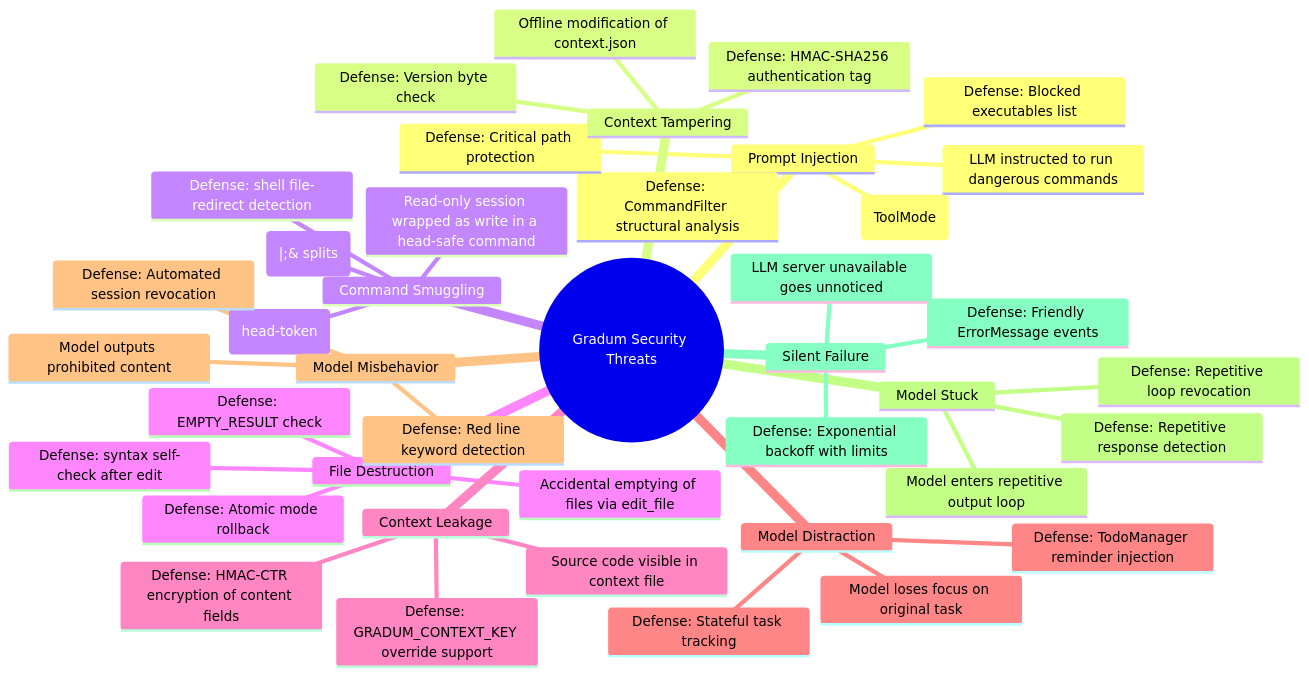
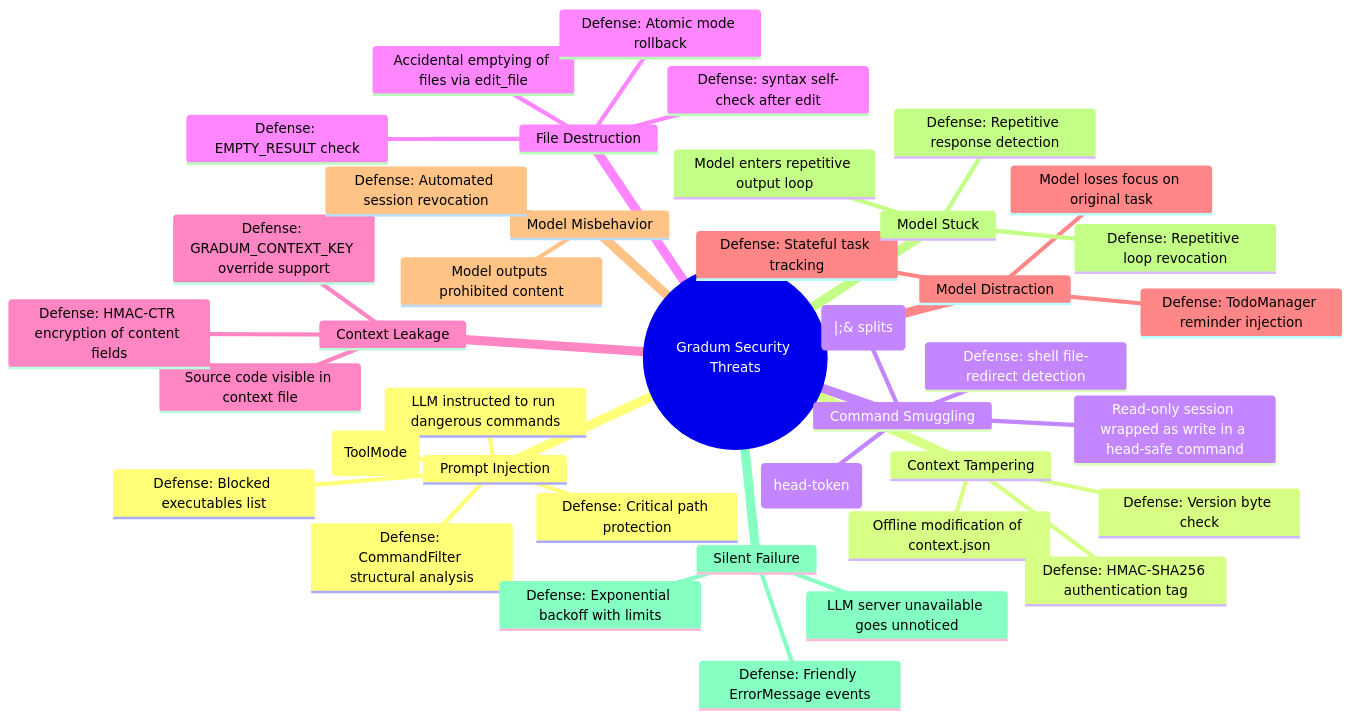
Before and after one commit to lg841226/Gradum: diagram 24 of 29 in docs/ARCHITECTURE.md, drawn with Mermaid. The commit also changed other lines of this file and 4 other files, not shown here.

````diff
--- a/docs/ARCHITECTURE.md
+++ b/docs/ARCHITECTURE.md
@@ -1598,44 +1569,43 @@
 ```mermaid
 mindmap
   root((Gradum Security Threats))
     Prompt Injection
       LLM instructed to run dangerous commands
       Defense: CommandFilter structural analysis
       Defense: Blocked executables list
       Defense: Critical path protection
       Defense: Read-only whitelist + redirect scan (ToolMode)
     Context Tampering
       Offline modification of context.json
       Defense: HMAC-SHA256 authentication tag
       Defense: Version byte check
     Command Smuggling
       Read-only session wrapped as write in a head-safe command
       Defense: READ_ONLY whitelisted-executable set (head-token)
       Defense: pipeline subcommand checks (|;& splits)
       Defense: shell file-redirect detection
     File Destruction
       Accidental emptying of files via edit_file
       Defense: EMPTY_RESULT check
       Defense: Atomic mode rollback
       Defense: syntax self-check after edit
     Context Leakage
       Source code visible in context file
       Defense: HMAC-CTR encryption of content fields
       Defense: GRADUM_CONTEXT_KEY override support
     Model Distraction
       Model loses focus on original task
       Defense: TodoManager reminder injection
       Defense: Stateful task tracking
     Model Misbehavior
       Model outputs prohibited content
-      Defense: Red line keyword detection
       Defense: Automated session revocation
     Model Stuck
       Model enters repetitive output loop
       Defense: Repetitive response detection
       Defense: Repetitive loop revocation
     Silent Failure
       LLM server unavailable goes unnoticed
       Defense: Exponential backoff with limits
       Defense: Friendly ErrorMessage events
 ```
````
